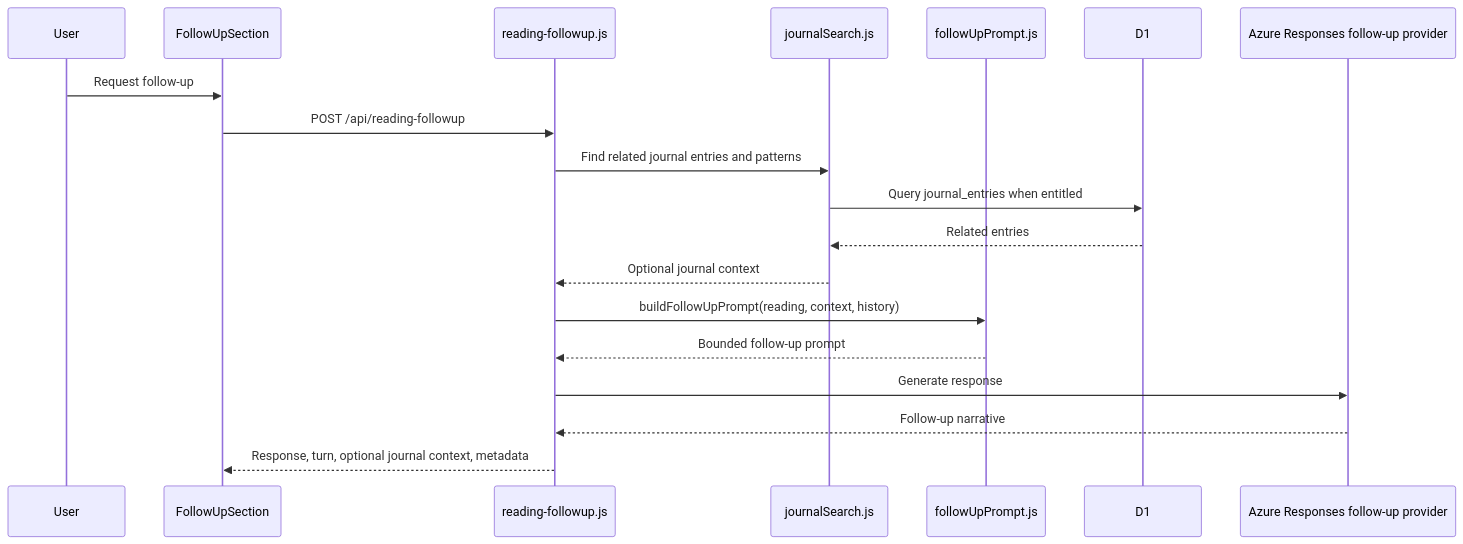
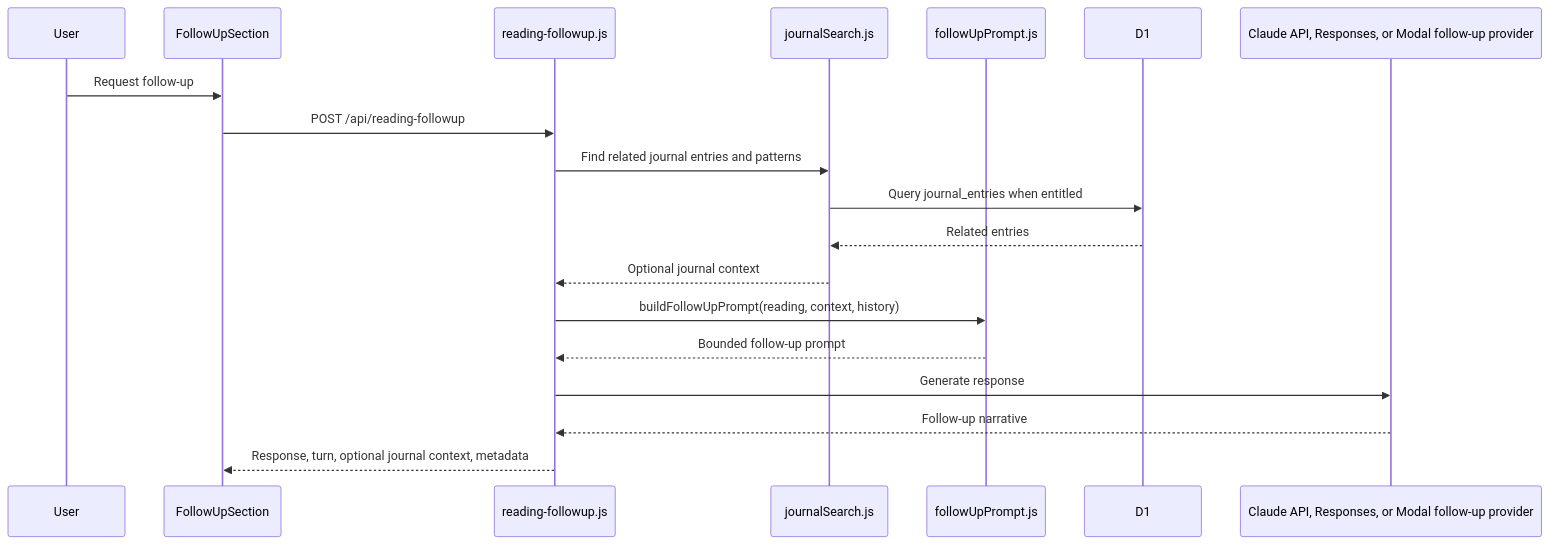
Before and after one commit to henryperkins/tarot: diagram 14 of 17 in docs/architecture/full-system-diagrams.md, drawn with Mermaid. The commit also changed other lines of this file and 36 other files, not shown here.

````diff
--- a/docs/architecture/full-system-diagrams.md
+++ b/docs/architecture/full-system-diagrams.md
@@ -667,22 +661,22 @@
 ```mermaid
 sequenceDiagram
     participant User
     participant FollowUpSection
     participant FollowUpAPI as reading-followup.js
     participant JournalSearch as journalSearch.js
     participant FollowUpPrompt as followUpPrompt.js
     participant D1
-    participant Provider as Azure Responses follow-up provider
+    participant Provider as Claude API, Responses, or Modal follow-up provider
 
     User->>FollowUpSection: Request follow-up
     FollowUpSection->>FollowUpAPI: POST /api/reading-followup
     FollowUpAPI->>JournalSearch: Find related journal entries and patterns
     JournalSearch->>D1: Query journal_entries when entitled
     D1-->>JournalSearch: Related entries
     JournalSearch-->>FollowUpAPI: Optional journal context
     FollowUpAPI->>FollowUpPrompt: buildFollowUpPrompt(reading, context, history)
     FollowUpPrompt-->>FollowUpAPI: Bounded follow-up prompt
     FollowUpAPI->>Provider: Generate response
     Provider-->>FollowUpAPI: Follow-up narrative
     FollowUpAPI-->>FollowUpSection: Response, turn, optional journal context, metadata
 ```
````
